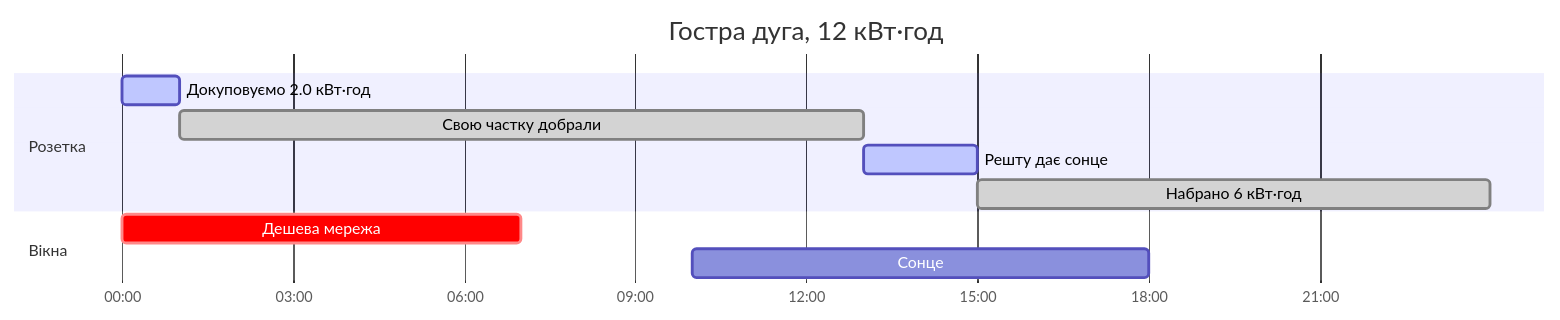
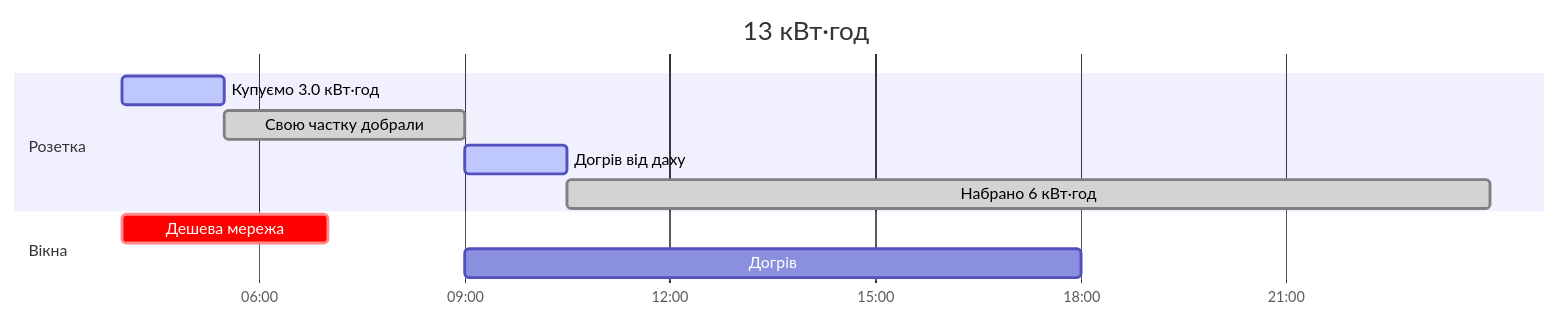
One commit to tochytskyi/smart-solar-energy changed the third of 7 diagrams in docs/scenarios.md. Above: the diagram before and after it, drawn with Mermaid. The commit also changed other lines of this file and 19 other files, not shown here.

````diff
--- a/docs/scenarios.md
+++ b/docs/scenarios.md
@@ -118,15 +103,15 @@
 ```mermaid
 gantt
-    title Гостра дуга, 12 кВт·год
+    title 13 кВт·год
     dateFormat HH:mm
     axisFormat %H:%M
     todayMarker off
     section Розетка
-    Докуповуємо 2.0 кВт·год :active, a1, 00:00, 01:00
-    Свою частку добрали :done, a2, 01:00, 13:00
-    Решту дає сонце :active, a3, 13:00, 15:00
-    Набрано 6 кВт·год :done, a4, 15:00, 23:59
+    Купуємо 3.0 кВт·год :active, a1, 04:00, 05:30
+    Свою частку добрали :done, a2, 05:30, 09:00
+    Догрів від даху :active, a3, 09:00, 10:30
+    Набрано 6 кВт·год :done, a4, 10:30, 23:59
     section Вікна
-    Дешева мережа :crit, n1, 00:00, 07:00
-    Сонце :s1, 10:00, 18:00
+    Дешева мережа :crit, n1, 04:00, 07:00
+    Догрів :s1, 09:00, 18:00
 ```
````
